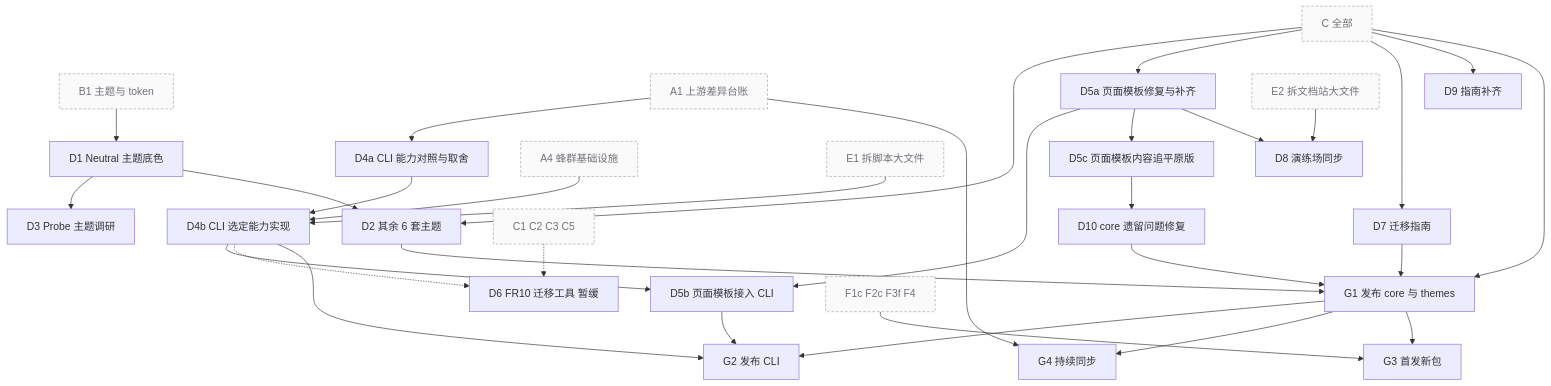
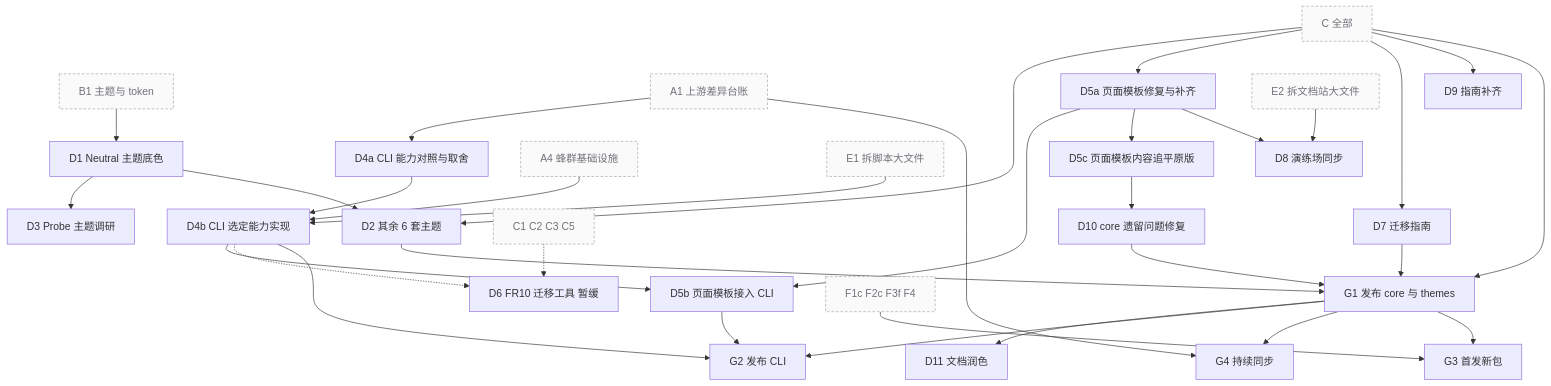
The fifth of 6 diagrams in .agents-work/upstream-sync-0.7.1/ROADMAP.md (astryx-vue/astryx-vue), drawn with Mermaid before and after one commit. The commit also changed other lines of this file and 1 other file, not shown here.

Commit message:
docs(swarm): D4a 定稿（upgrade 只输出指引），新增 D11 文档润色

````diff
--- a/.agents-work/upstream-sync-0.7.1/ROADMAP.md
+++ b/.agents-work/upstream-sync-0.7.1/ROADMAP.md
@@ -228,28 +229,29 @@
 ```mermaid
 flowchart TB
   classDef ext fill:#fafafa,stroke:#a1a1aa,stroke-dasharray:4 3,color:#71717a
   B1["B1 主题与 token"]:::ext --> D1["D1 Neutral 主题底色"]
   D1 --> D3["D3 Probe 主题调研"]
   CALL["C 全部"]:::ext
   D1 & CALL --> D2["D2 其余 6 套主题"]
   A1["A1 上游差异台账"]:::ext --> D4a["D4a CLI 能力对照与取舍"]
   D4a --> D4b["D4b CLI 选定能力实现"]
   A4["A4 蜂群基础设施"]:::ext --> D4b
   E1["E1 拆脚本大文件"]:::ext --> D4b
   CALL --> D5a["D5a 页面模板修复与补齐"]
   D5a & D4b --> D5b["D5b 页面模板接入 CLI"]
   D5a --> D5c["D5c 页面模板内容追平原版"]
   D4b -.-> D6["D6 FR10 迁移工具 暂缓"]
   C1235["C1 C2 C3 C5"]:::ext -.-> D6
   CALL --> D7["D7 迁移指南"]
   CALL --> D9["D9 指南补齐"]
   D5a --> D8["D8 演练场同步"]
   E2["E2 拆文档站大文件"]:::ext --> D8
   D5c --> D10["D10 core 遗留问题修复"]
+  G1 --> D11["D11 文档润色"]
   CALL & D2 & D7 & D10 --> G1["G1 发布 core 与 themes"]
   G1 & D4b & D5b --> G2["G2 发布 CLI"]
   A1 --> G4["G4 持续同步"]
   G1 --> G4
   G1 --> G3["G3 首发新包"]
   FDOC["F1c F2c F3f F4"]:::ext --> G3
 ```
````
